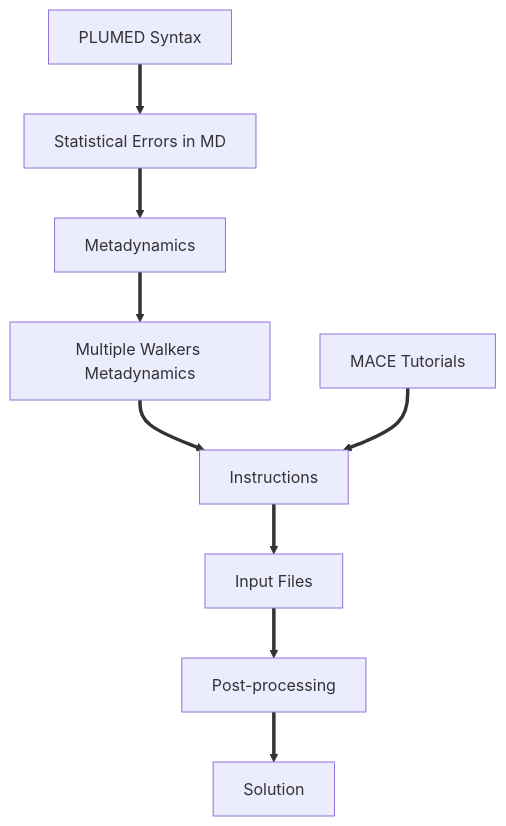
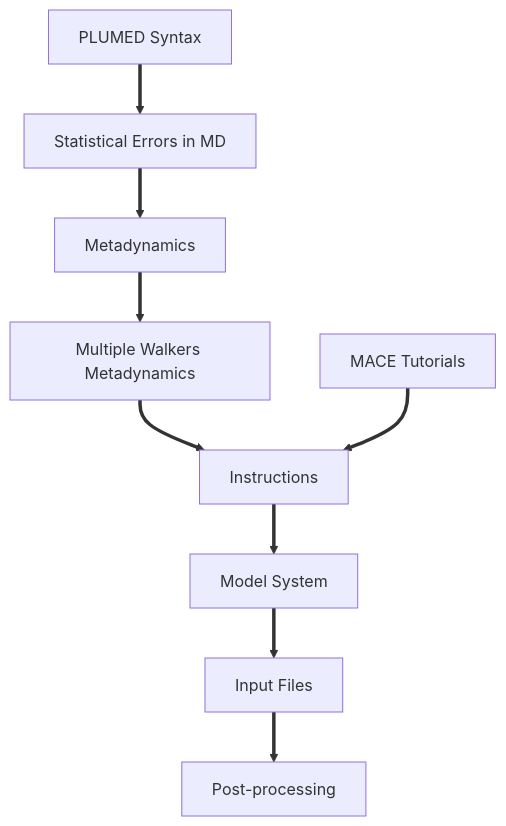
Before and after one commit to nanotheorygroup/MACE-Multiple-Walkers-Metadynamics-ASE-PLUMED: the diagram in NAVIGATION.md, drawn with Mermaid.

````diff
--- a/NAVIGATION.md
+++ b/NAVIGATION.md
@@ -9,20 +9,20 @@
 ```mermaid
 flowchart TD
 A[PLUMED Syntax] ==> B[Statistical Errors in MD]
 B ==> C[Metadynamics]
 C ==> D[Multiple Walkers Metadynamics]
 D ==> F[Instructions]
 E[MACE Tutorials] ==> F
-F ==> G[Input Files]
-G ==> H[Post-processing]
-H ==> I[Solution]
+F ==> G[Model System]
+G ==> H[Input Files]
+H ==> I[Post-processing]
 click A "ref1" "This is a PLUMED masterclass tutorial introducing PLUMED syntax and enhanced sampling"
 click B "ref2" "This is a PLUMED masterclass tutorial on how to handle the statistical errors in MD simulations"
 click C "ref3" "This is a PLUMED masterclass tutorial performing metadynamics simulations with PLUMED"
 click D "ref4" "The original paper introducing multiple walkers metadynamics"
 click E "ref5" "External tutorials on training on a MACE potential by its developer group"
 click F "README.md" "The instructions of this tutorial exercise"
-click G "INPUTS.md" "Examples of the input files"
-click H "POST_PROCESSING.md" "The post-processing and reweighing of the simulations"
-click I "solution.ipynb" "The notebook file with the suggested solution"
+click G "MODEL_SYSTEM.md" "An introduction to the model system of this tutorial"
+click H "INPUTS.md" "Examples of the input files"
+click I "POST_PROCESSING.md" "The post-processing and reweighing of the simulations"
 ```
````
